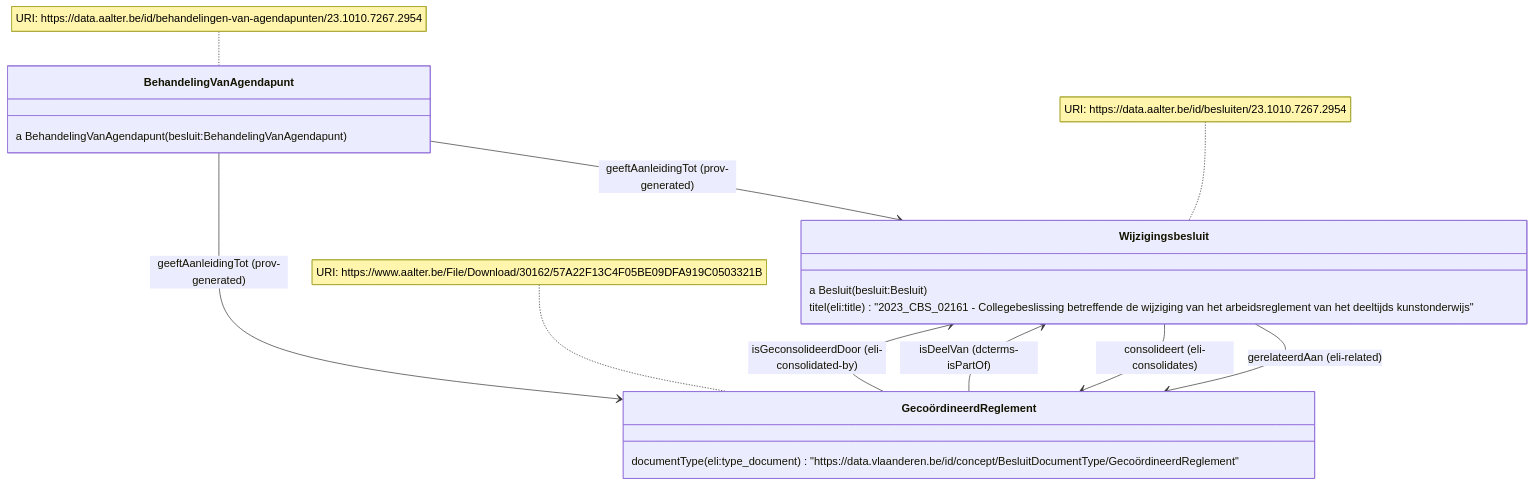
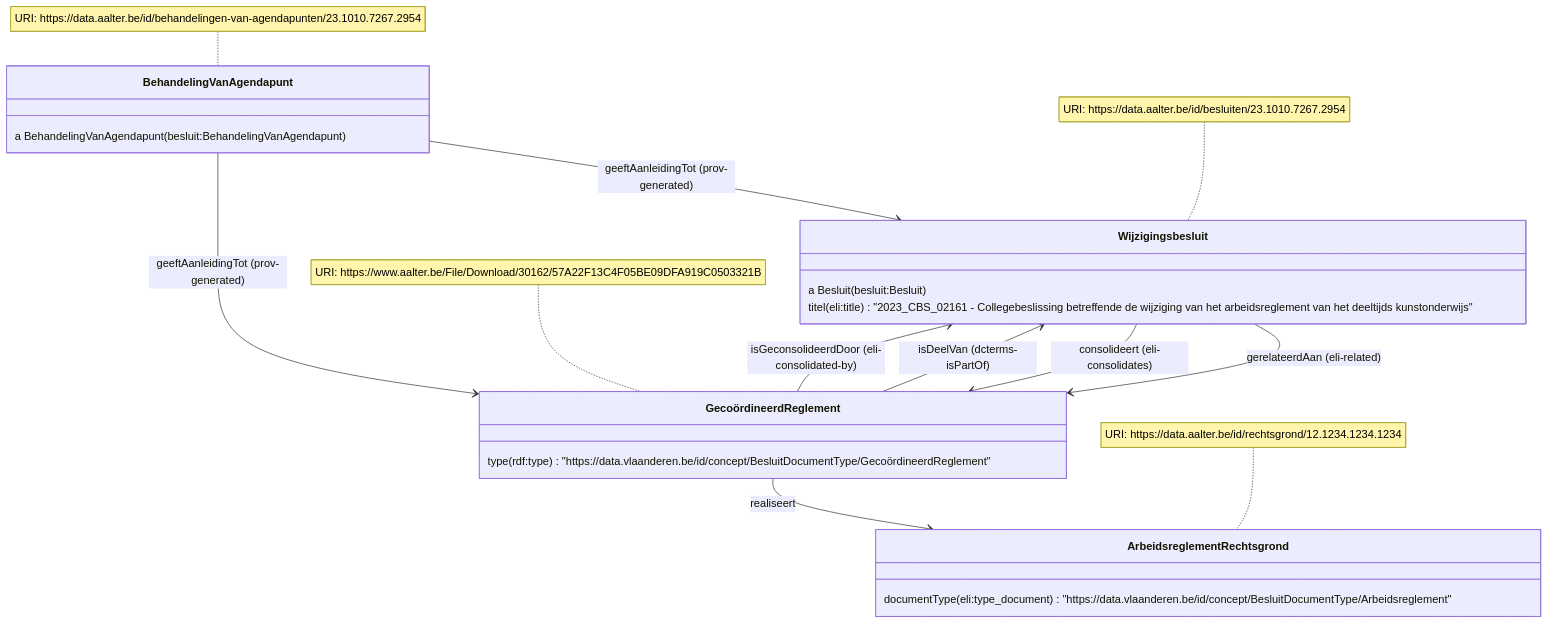
Before and after one commit to Informatievlaanderen/OSLOthema-slimmeRaadpleegOmgeving: the ninth of 10 diagrams in README.md, drawn with Mermaid. The commit also changed other lines of this file, not shown here.

Commit message:
Update gecoordineerd reglement with rechtsgrond

````diff
--- a/README.md
+++ b/README.md
@@ -304,24 +311,28 @@
 ```mermaid
 classDiagram
     BehandelingVanAgendapunt --> Wijzigingsbesluit: geeftAanleidingTot (prov-generated)
     BehandelingVanAgendapunt --> GecoördineerdReglement: geeftAanleidingTot (prov-generated)
     Wijzigingsbesluit --> GecoördineerdReglement: gerelateerdAan (eli-related)
     Wijzigingsbesluit --> GecoördineerdReglement: consolideert (eli-consolidates)
     GecoördineerdReglement --> Wijzigingsbesluit: isDeelVan (dcterms-isPartOf)
     GecoördineerdReglement --> Wijzigingsbesluit: isGeconsolideerdDoor (eli-consolidated-by)
 
+    GecoördineerdReglement --> ArbeidsreglementRechtsgrond: realiseert
+    class ArbeidsreglementRechtsgrond {
+      documentType (eli:type_document) "https://data.vlaanderen.be/id/concept/BesluitDocumentType/Arbeidsreglement"
+    }
     note for BehandelingVanAgendapunt "URI: https://data.aalter.be/id/behandelingen-van-agendapunten/23.1010.7267.2954"
     note for Wijzigingsbesluit "URI: https://data.aalter.be/id/besluiten/23.1010.7267.2954"
     note for GecoördineerdReglement "URI: https://www.aalter.be/File/Download/30162/57A22F13C4F05BE09DFA919C0503321B"
-
+    note for ArbeidsreglementRechtsgrond "URI: https://data.aalter.be/id/rechtsgrond/12.1234.1234.1234"
     class BehandelingVanAgendapunt {
       a BehandelingVanAgendapunt (besluit:BehandelingVanAgendapunt)
     }
     class Wijzigingsbesluit {
       a Besluit (besluit:Besluit)
       titel (eli:title) "2023_CBS_02161 - Collegebeslissing betreffende de wijziging van het arbeidsreglement van het deeltijds kunstonderwijs"
     }
     class GecoördineerdReglement {
-      documentType (eli:type_document) "https://data.vlaanderen.be/id/concept/BesluitDocumentType/GecoördineerdReglement"
+      type (rdf:type) "https://data.vlaanderen.be/id/concept/BesluitDocumentType/GecoördineerdReglement"
     }
 ```
````
